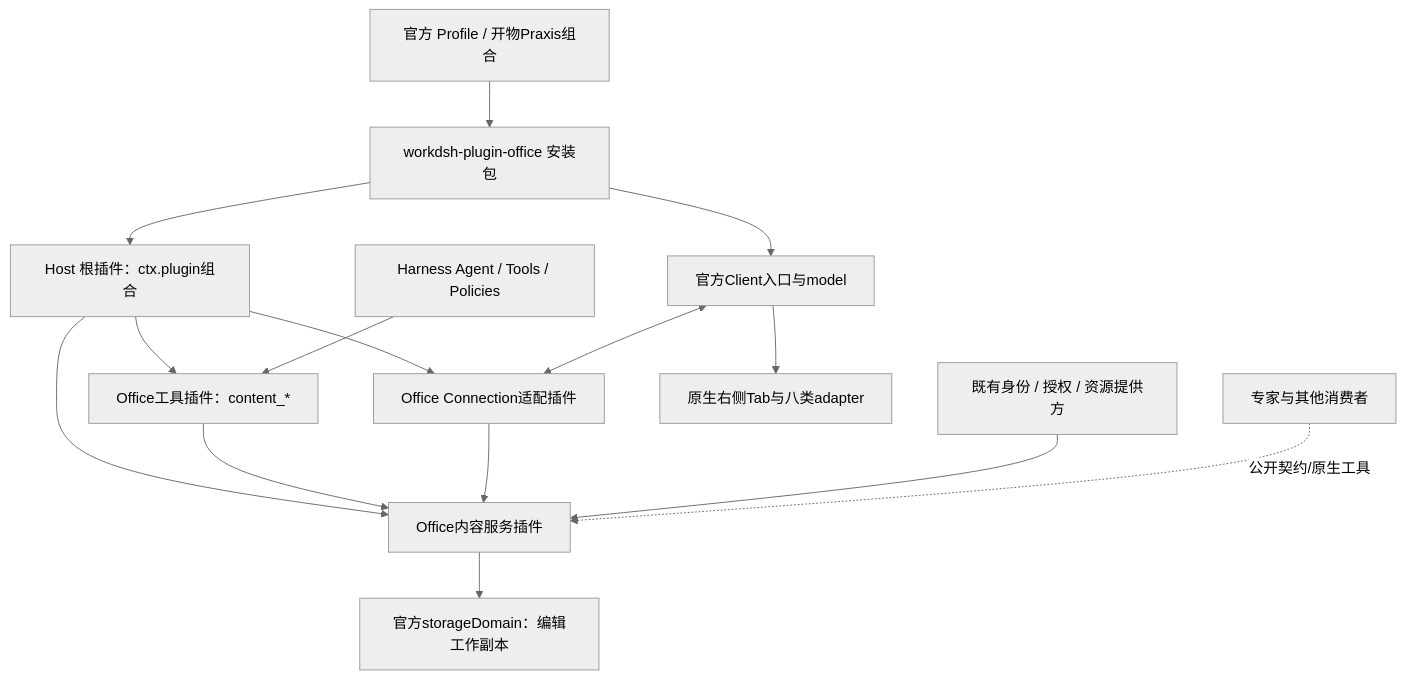
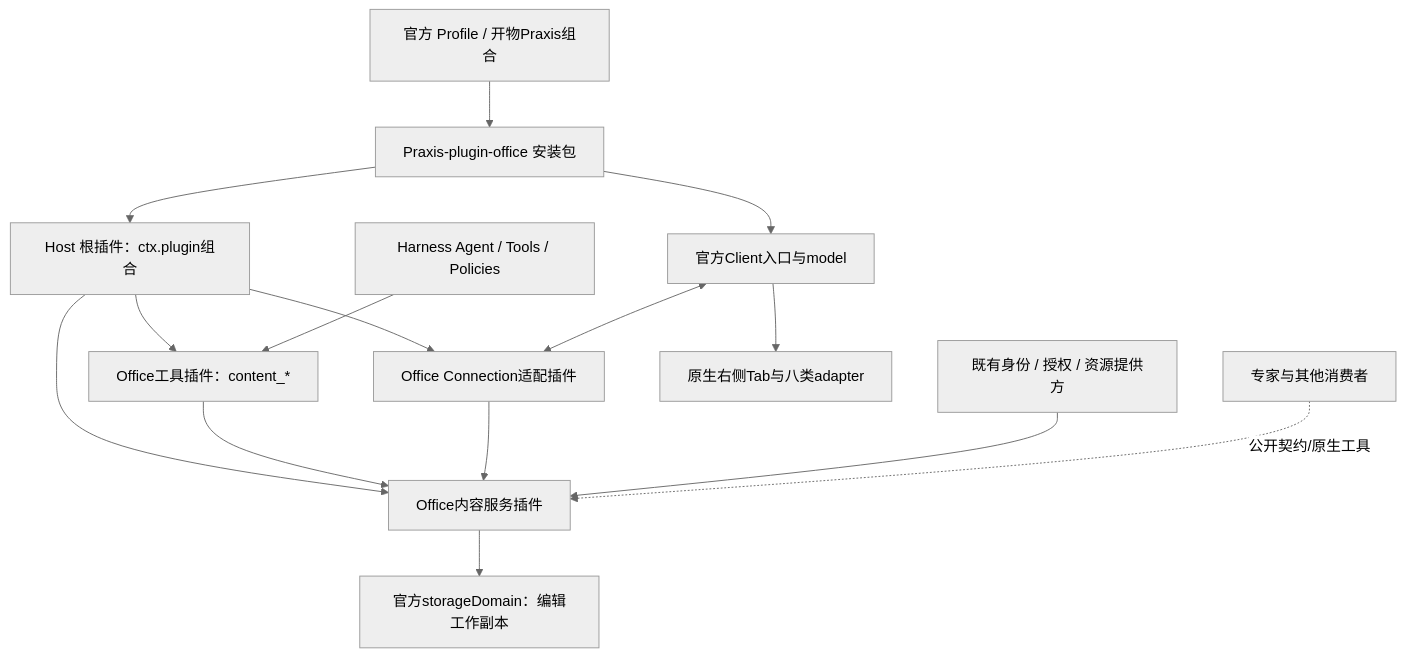
The diagram in docs/design/office/PLUGIN-ARCHITECTURE.md (viccao-yue/Praxis), drawn with Mermaid (neutral theme) before and after one commit. The commit also changed other lines of this file and 152 other files, not shown here.

````diff
--- a/docs/design/office/PLUGIN-ARCHITECTURE.md
+++ b/docs/design/office/PLUGIN-ARCHITECTURE.md
@@ -23,17 +23,17 @@
 ```mermaid
 flowchart TB
-  Profile[官方 Profile / 开物Praxis组合] --> Package[workdsh-plugin-office 安装包]
+  Profile[官方 Profile / 开物Praxis组合] --> Package[Praxis-plugin-office 安装包]
   Package --> Host[Host 根插件：ctx.plugin组合]
   Host --> Service[Office内容服务插件]
   Host --> Tools[Office工具插件：content_*]
   Host --> Transport[Office Connection适配插件]
   Harness[Harness Agent / Tools / Policies] --> Tools
   Tools --> Service
   Transport --> Service
   Governance[既有身份 / 授权 / 资源提供方] --> Service
   Service --> Storage[官方storageDomain：编辑工作副本]
   Package --> Client[官方Client入口与model]
   Client <--> Transport
   Client --> Tab[原生右侧Tab与八类adapter]
   Expert[专家与其他消费者] -.公开契约/原生工具.-> Service
 ```
````
